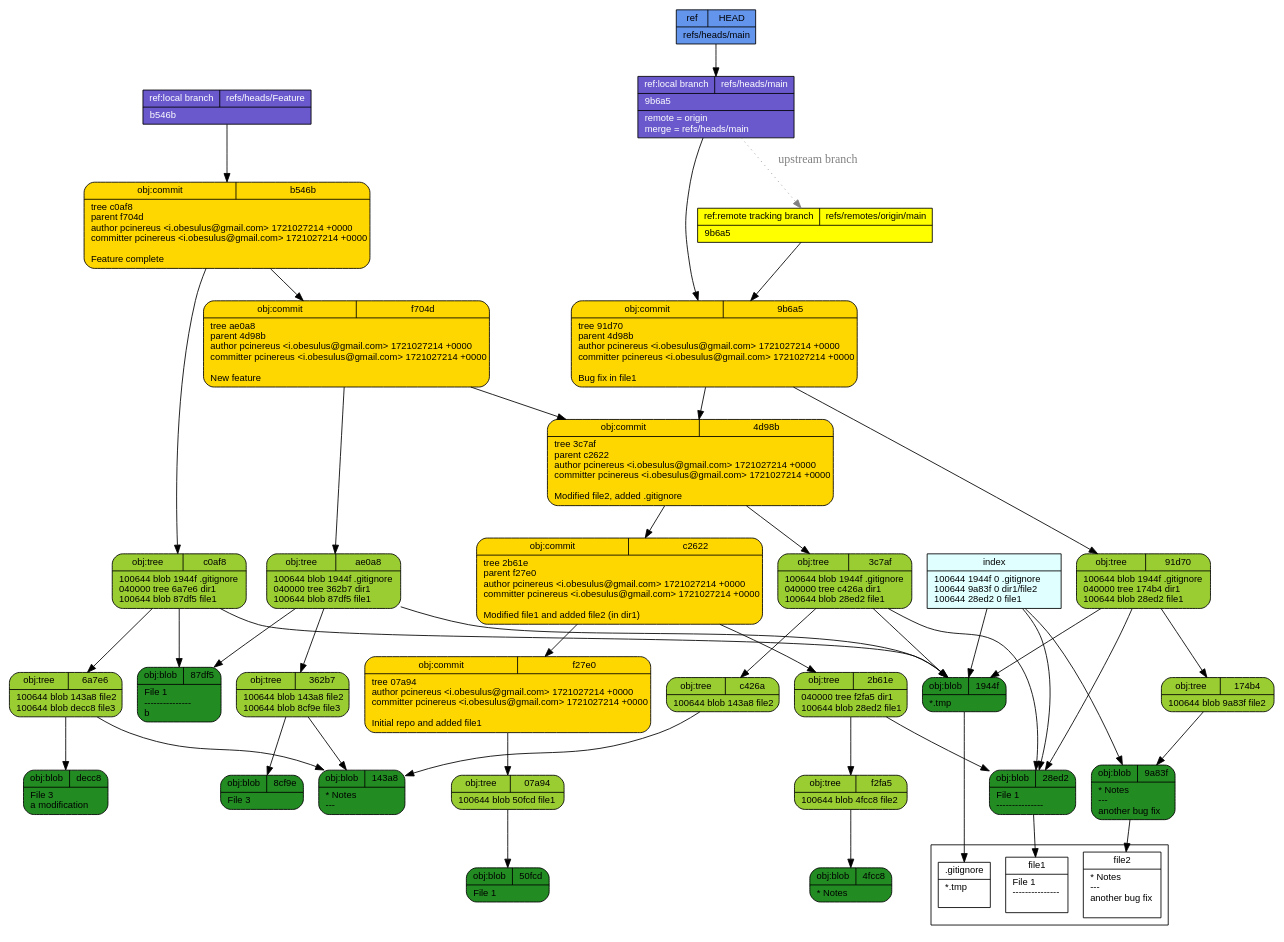
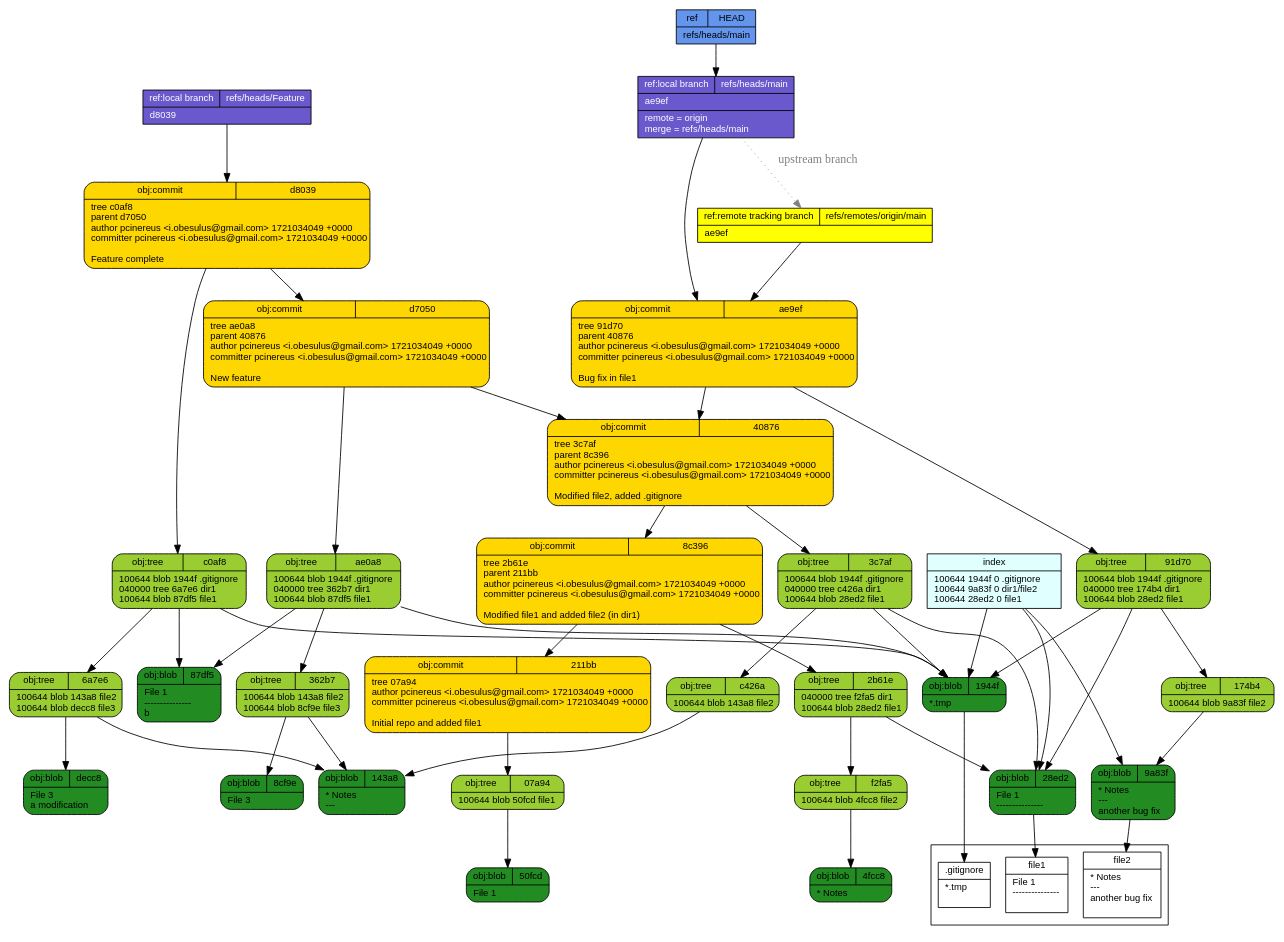
One commit to pcinereus/SUYRs_documents changed the diagram in tut/git-draw.dot. Above: the diagram before and after it, drawn with Graphviz. The commit also changed 609 other files, not shown here.

```diff
--- a/tut/git-draw.dot
+++ b/tut/git-draw.dot
@@ -1,57 +1,57 @@
 digraph structs {
   node [shape=record,fontsize=11,fontname="arial"];
   rankdir="TB";
   _f2fa5 [fillcolor="yellowgreen", style="filled,rounded", label="{{obj:tree|f2fa5}|100644\ blob\ 4fcc8\	file2\l}"]  _f2fa5 -> _4fcc8
-  _f27e0 [fillcolor="gold", style="filled,rounded", label="{{obj:commit|f27e0}|tree\ 07a94\lauthor\ pcinereus\ \<i\.obesulus\@gmail\.com\>\ 1721027214\ \+0000\lcommitter\ pcinereus\ \<i\.obesulus\@gmail\.com\>\ 1721027214\ \+0000\l\lInitial\ repo\ and\ added\ file1\l}"]  _f27e0 -> _07a94
-  _b546b [fillcolor="gold", style="filled,rounded", label="{{obj:commit|b546b}|tree\ c0af8\lparent\ f704d\lauthor\ pcinereus\ \<i\.obesulus\@gmail\.com\>\ 1721027214\ \+0000\lcommitter\ pcinereus\ \<i\.obesulus\@gmail\.com\>\ 1721027214\ \+0000\l\lFeature\ complete\l}"]  _b546b -> _c0af8
-  _b546b -> _f704d
+  _d7050 [fillcolor="gold", style="filled,rounded", label="{{obj:commit|d7050}|tree\ ae0a8\lparent\ 40876\lauthor\ pcinereus\ \<i\.obesulus\@gmail\.com\>\ 1721034049\ \+0000\lcommitter\ pcinereus\ \<i\.obesulus\@gmail\.com\>\ 1721034049\ \+0000\l\lNew\ feature\l}"]  _d7050 -> _ae0a8
+  _d7050 -> _40876
   _07a94 [fillcolor="yellowgreen", style="filled,rounded", label="{{obj:tree|07a94}|100644\ blob\ 50fcd\	file1\l}"]  _07a94 -> _50fcd
+  _211bb [fillcolor="gold", style="filled,rounded", label="{{obj:commit|211bb}|tree\ 07a94\lauthor\ pcinereus\ \<i\.obesulus\@gmail\.com\>\ 1721034049\ \+0000\lcommitter\ pcinereus\ \<i\.obesulus\@gmail\.com\>\ 1721034049\ \+0000\l\lInitial\ repo\ and\ added\ file1\l}"]  _211bb -> _07a94
   _143a8 [fillcolor="forestgreen", style="filled,rounded", label="{{obj:blob|143a8}|\*\ Notes\l\-\-\-\l}"]  _c0af8 [fillcolor="yellowgreen", style="filled,rounded", label="{{obj:tree|c0af8}|100644\ blob\ 1944f\	\.gitignore\l040000\ tree\ 6a7e6\	dir1\l100644\ blob\ 87df5\	file1\l}"]  _c0af8 -> _1944f
   _c0af8 -> _6a7e6
   _c0af8 -> _87df5
-  _4fcc8 [fillcolor="forestgreen", style="filled,rounded", label="{{obj:blob|4fcc8}|\*\ Notes\l}"]  _c2622 [fillcolor="gold", style="filled,rounded", label="{{obj:commit|c2622}|tree\ 2b61e\lparent\ f27e0\lauthor\ pcinereus\ \<i\.obesulus\@gmail\.com\>\ 1721027214\ \+0000\lcommitter\ pcinereus\ \<i\.obesulus\@gmail\.com\>\ 1721027214\ \+0000\l\lModified\ file1\ and\ added\ file2\ \(in\ dir1\)\l}"]  _c2622 -> _2b61e
-  _c2622 -> _f27e0
-  _c426a [fillcolor="yellowgreen", style="filled,rounded", label="{{obj:tree|c426a}|100644\ blob\ 143a8\	file2\l}"]  _c426a -> _143a8
-  _1944f [fillcolor="forestgreen", style="filled,rounded", label="{{obj:blob|1944f}|\*\.tmp\l}"]  _50fcd [fillcolor="forestgreen", style="filled,rounded", label="{{obj:blob|50fcd}|File\ 1\l}"]  _8cf9e [fillcolor="forestgreen", style="filled,rounded", label="{{obj:blob|8cf9e}|File\ 3\l}"]  _91d70 [fillcolor="yellowgreen", style="filled,rounded", label="{{obj:tree|91d70}|100644\ blob\ 1944f\	\.gitignore\l040000\ tree\ 174b4\	dir1\l100644\ blob\ 28ed2\	file1\l}"]  _91d70 -> _1944f
+  _4fcc8 [fillcolor="forestgreen", style="filled,rounded", label="{{obj:blob|4fcc8}|\*\ Notes\l}"]  _c426a [fillcolor="yellowgreen", style="filled,rounded", label="{{obj:tree|c426a}|100644\ blob\ 143a8\	file2\l}"]  _c426a -> _143a8
+  _1944f [fillcolor="forestgreen", style="filled,rounded", label="{{obj:blob|1944f}|\*\.tmp\l}"]  _50fcd [fillcolor="forestgreen", style="filled,rounded", label="{{obj:blob|50fcd}|File\ 1\l}"]  _8c396 [fillcolor="gold", style="filled,rounded", label="{{obj:commit|8c396}|tree\ 2b61e\lparent\ 211bb\lauthor\ pcinereus\ \<i\.obesulus\@gmail\.com\>\ 1721034049\ \+0000\lcommitter\ pcinereus\ \<i\.obesulus\@gmail\.com\>\ 1721034049\ \+0000\l\lModified\ file1\ and\ added\ file2\ \(in\ dir1\)\l}"]  _8c396 -> _2b61e
+  _8c396 -> _211bb
+  _8cf9e [fillcolor="forestgreen", style="filled,rounded", label="{{obj:blob|8cf9e}|File\ 3\l}"]  _40876 [fillcolor="gold", style="filled,rounded", label="{{obj:commit|40876}|tree\ 3c7af\lparent\ 8c396\lauthor\ pcinereus\ \<i\.obesulus\@gmail\.com\>\ 1721034049\ \+0000\lcommitter\ pcinereus\ \<i\.obesulus\@gmail\.com\>\ 1721034049\ \+0000\l\lModified\ file2\,\ added\ \.gitignore\l}"]  _40876 -> _3c7af
+  _40876 -> _8c396
+  _91d70 [fillcolor="yellowgreen", style="filled,rounded", label="{{obj:tree|91d70}|100644\ blob\ 1944f\	\.gitignore\l040000\ tree\ 174b4\	dir1\l100644\ blob\ 28ed2\	file1\l}"]  _91d70 -> _1944f
   _91d70 -> _174b4
   _91d70 -> _28ed2
-  _9a83f [fillcolor="forestgreen", style="filled,rounded", label="{{obj:blob|9a83f}|\*\ Notes\l\-\-\-\l\ another\ bug\ fix\l}"]  _ae0a8 [fillcolor="yellowgreen", style="filled,rounded", label="{{obj:tree|ae0a8}|100644\ blob\ 1944f\	\.gitignore\l040000\ tree\ 362b7\	dir1\l100644\ blob\ 87df5\	file1\l}"]  _ae0a8 -> _1944f
+  _9a83f [fillcolor="forestgreen", style="filled,rounded", label="{{obj:blob|9a83f}|\*\ Notes\l\-\-\-\l\ another\ bug\ fix\l}"]  _ae9ef [fillcolor="gold", style="filled,rounded", label="{{obj:commit|ae9ef}|tree\ 91d70\lparent\ 40876\lauthor\ pcinereus\ \<i\.obesulus\@gmail\.com\>\ 1721034049\ \+0000\lcommitter\ pcinereus\ \<i\.obesulus\@gmail\.com\>\ 1721034049\ \+0000\l\lBug\ fix\ in\ file1\l}"]  _ae9ef -> _91d70
+  _ae9ef -> _40876
+  _ae0a8 [fillcolor="yellowgreen", style="filled,rounded", label="{{obj:tree|ae0a8}|100644\ blob\ 1944f\	\.gitignore\l040000\ tree\ 362b7\	dir1\l100644\ blob\ 87df5\	file1\l}"]  _ae0a8 -> _1944f
   _ae0a8 -> _362b7
   _ae0a8 -> _87df5
-  _9b6a5 [fillcolor="gold", style="filled,rounded", label="{{obj:commit|9b6a5}|tree\ 91d70\lparent\ 4d98b\lauthor\ pcinereus\ \<i\.obesulus\@gmail\.com\>\ 1721027214\ \+0000\lcommitter\ pcinereus\ \<i\.obesulus\@gmail\.com\>\ 1721027214\ \+0000\l\lBug\ fix\ in\ file1\l}"]  _9b6a5 -> _91d70
-  _9b6a5 -> _4d98b
   _2b61e [fillcolor="yellowgreen", style="filled,rounded", label="{{obj:tree|2b61e}|040000\ tree\ f2fa5\	dir1\l100644\ blob\ 28ed2\	file1\l}"]  _2b61e -> _f2fa5
   _2b61e -> _28ed2
+  _d8039 [fillcolor="gold", style="filled,rounded", label="{{obj:commit|d8039}|tree\ c0af8\lparent\ d7050\lauthor\ pcinereus\ \<i\.obesulus\@gmail\.com\>\ 1721034049\ \+0000\lcommitter\ pcinereus\ \<i\.obesulus\@gmail\.com\>\ 1721034049\ \+0000\l\lFeature\ complete\l}"]  _d8039 -> _c0af8
+  _d8039 -> _d7050
   _87df5 [fillcolor="forestgreen", style="filled,rounded", label="{{obj:blob|87df5}|File\ 1\l\-\-\-\-\-\-\-\-\-\-\-\-\-\-\-\lb\l}"]  _362b7 [fillcolor="yellowgreen", style="filled,rounded", label="{{obj:tree|362b7}|100644\ blob\ 143a8\	file2\l100644\ blob\ 8cf9e\	file3\l}"]  _362b7 -> _143a8
   _362b7 -> _8cf9e
   _3c7af [fillcolor="yellowgreen", style="filled,rounded", label="{{obj:tree|3c7af}|100644\ blob\ 1944f\	\.gitignore\l040000\ tree\ c426a\	dir1\l100644\ blob\ 28ed2\	file1\l}"]  _3c7af -> _1944f
   _3c7af -> _c426a
   _3c7af -> _28ed2
   _28ed2 [fillcolor="forestgreen", style="filled,rounded", label="{{obj:blob|28ed2}|File\ 1\l\-\-\-\-\-\-\-\-\-\-\-\-\-\-\-\l}"]  _6a7e6 [fillcolor="yellowgreen", style="filled,rounded", label="{{obj:tree|6a7e6}|100644\ blob\ 143a8\	file2\l100644\ blob\ decc8\	file3\l}"]  _6a7e6 -> _143a8
   _6a7e6 -> _decc8
   _174b4 [fillcolor="yellowgreen", style="filled,rounded", label="{{obj:tree|174b4}|100644\ blob\ 9a83f\	file2\l}"]  _174b4 -> _9a83f
-  _decc8 [fillcolor="forestgreen", style="filled,rounded", label="{{obj:blob|decc8}|File\ 3\l\ a\ modification\l}"]  _4d98b [fillcolor="gold", style="filled,rounded", label="{{obj:commit|4d98b}|tree\ 3c7af\lparent\ c2622\lauthor\ pcinereus\ \<i\.obesulus\@gmail\.com\>\ 1721027214\ \+0000\lcommitter\ pcinereus\ \<i\.obesulus\@gmail\.com\>\ 1721027214\ \+0000\l\lModified\ file2\,\ added\ \.gitignore\l}"]  _4d98b -> _3c7af
-  _4d98b -> _c2622
-  _f704d [fillcolor="gold", style="filled,rounded", label="{{obj:commit|f704d}|tree\ ae0a8\lparent\ 4d98b\lauthor\ pcinereus\ \<i\.obesulus\@gmail\.com\>\ 1721027214\ \+0000\lcommitter\ pcinereus\ \<i\.obesulus\@gmail\.com\>\ 1721027214\ \+0000\l\lNew\ feature\l}"]  _f704d -> _ae0a8
-  _f704d -> _4d98b
-  _refs___heads___Feature [style=filled, fillcolor=slateblue3, fontcolor = white,  label="{{ref:local branch|refs\/heads\/Feature}|b546b\l}"]
-  _refs___heads___Feature -> _b546b
+  _decc8 [fillcolor="forestgreen", style="filled,rounded", label="{{obj:blob|decc8}|File\ 3\l\ a\ modification\l}"]  _refs___heads___Feature [style=filled, fillcolor=slateblue3, fontcolor = white,  label="{{ref:local branch|refs\/heads\/Feature}|d8039\l}"]
+  _refs___heads___Feature -> _d8039
   _refs___heads___main -> _refs___remotes___origin___main [style=dotted, color=gray, fontcolor=gray, label="upstream branch"]
-  _refs___heads___main [style=filled, fillcolor=slateblue3, fontcolor = white,  label="{{ref:local branch|refs\/heads\/main}|9b6a5\l|remote\ \=\ origin\lmerge\ \=\ refs\/heads\/main\l}"]
-  _refs___heads___main -> _9b6a5
-  _refs___remotes___origin___main [style=filled, fillcolor=yellow, fontcolor = black,  label="{{ref:remote tracking branch|refs\/remotes\/origin\/main}|9b6a5\l}"]
-  _refs___remotes___origin___main -> _9b6a5
+  _refs___heads___main [style=filled, fillcolor=slateblue3, fontcolor = white,  label="{{ref:local branch|refs\/heads\/main}|ae9ef\l|remote\ \=\ origin\lmerge\ \=\ refs\/heads\/main\l}"]
+  _refs___heads___main -> _ae9ef
+  _refs___remotes___origin___main [style=filled, fillcolor=yellow, fontcolor = black,  label="{{ref:remote tracking branch|refs\/remotes\/origin\/main}|ae9ef\l}"]
+  _refs___remotes___origin___main -> _ae9ef
   _HEAD [style=filled, fillcolor=cornflowerblue, fontcolor=black,  label="{{ref|HEAD}|refs\/heads\/main\l}"]
   _HEAD -> _refs___heads___main
   index -> _1944f
   index -> _9a83f
   index -> _28ed2
   index [style=filled, fillcolor=lightcyan, label="{{index}|100644\ 1944f\ 0\	\.gitignore\l100644\ 9a83f\ 0\	dir1\/file2\l100644\ 28ed2\ 0\	file1\l}"]
 subgraph cluster_1 {rank=sink  _gitignore [fillcolor="white", label="{{.gitignore}|*.tmp\l\l}"] 
   _file2 [fillcolor="white", label="{{file2}|* Notes\l---\l another bug fix\l\l}"] 
   _file1 [fillcolor="white", label="{{file1}|File 1\l---------------\l\l}"] 
 }
  _1944f -> _gitignore
  _9a83f -> _file2
  _28ed2 -> _file1
 }
```
